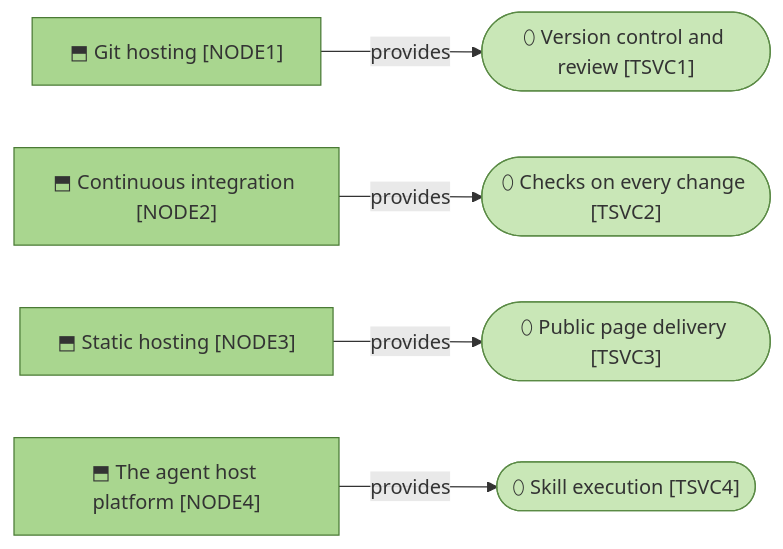
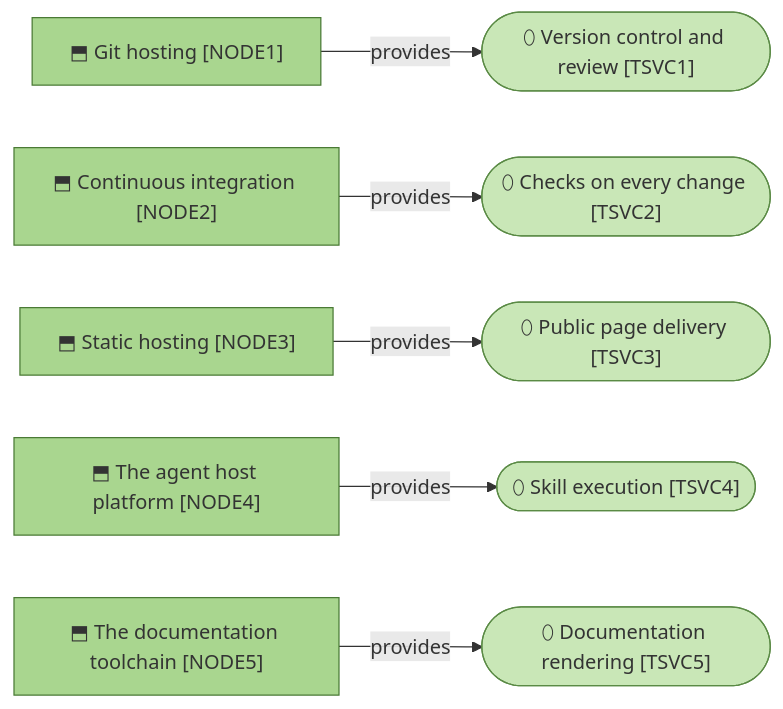
The second of 2 diagrams in product-archreator/architecture/5_technology/1_technology-services.md (roanboc/architecture-archreator), drawn with Mermaid before and after one commit. The commit also changed other lines of this file and 9 other files, not shown here.

````diff
--- a/product-archreator/architecture/5_technology/1_technology-services.md
+++ b/product-archreator/architecture/5_technology/1_technology-services.md
@@ -41,20 +41,23 @@
 ```mermaid
 flowchart LR
   node1["⬒ Git hosting [NODE1]"]:::node
   node2["⬒ Continuous integration [NODE2]"]:::node
   node3["⬒ Static hosting [NODE3]"]:::node
   node4["⬒ The agent host platform [NODE4]"]:::node
+  node5["⬒ The documentation toolchain [NODE5]"]:::node
 
   tsvc1(["⬯ Version control and review [TSVC1]"]):::techservice
   tsvc2(["⬯ Checks on every change [TSVC2]"]):::techservice
   tsvc3(["⬯ Public page delivery [TSVC3]"]):::techservice
   tsvc4(["⬯ Skill execution [TSVC4]"]):::techservice
+  tsvc5(["⬯ Documentation rendering [TSVC5]"]):::techservice
 
   node1 -->|provides| tsvc1
   node2 -->|provides| tsvc2
   node3 -->|provides| tsvc3
   node4 -->|provides| tsvc4
+  node5 -->|provides| tsvc5
 
   classDef node fill:#a9d68f,stroke:#4a7a35,color:#333
   classDef techservice fill:#c9e7b7,stroke:#5a8a45,color:#333
 ```
````
